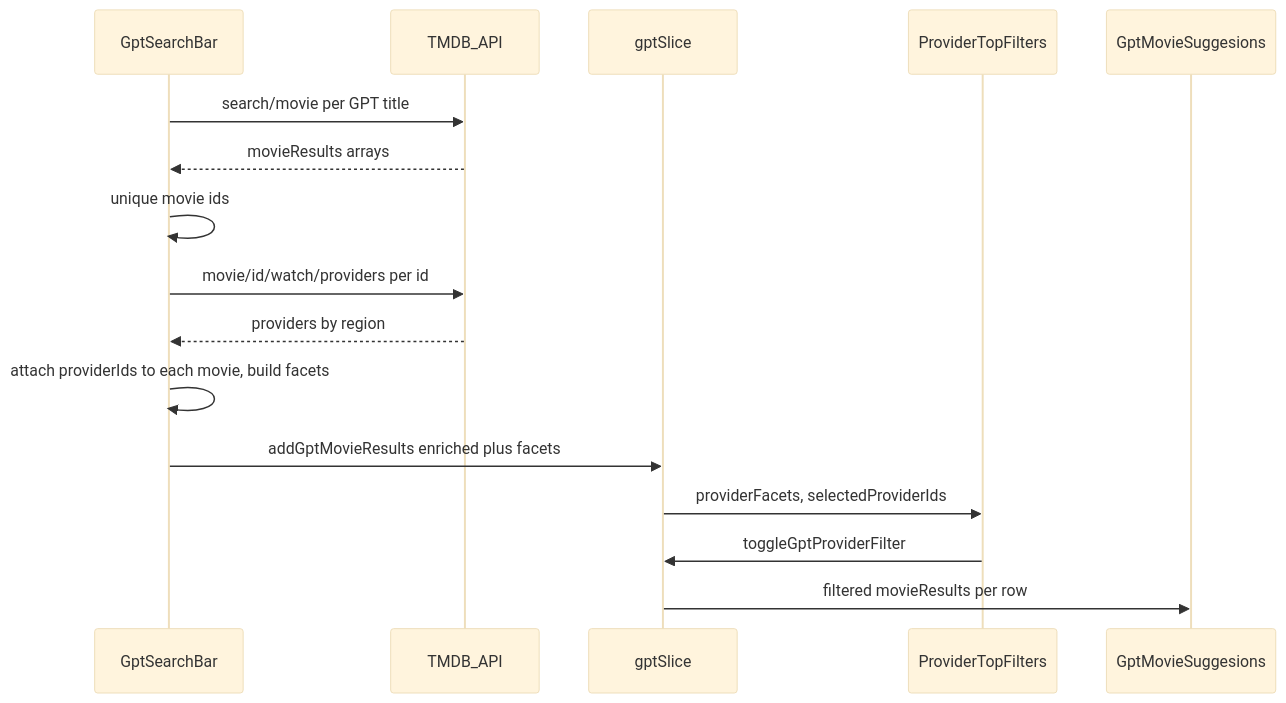
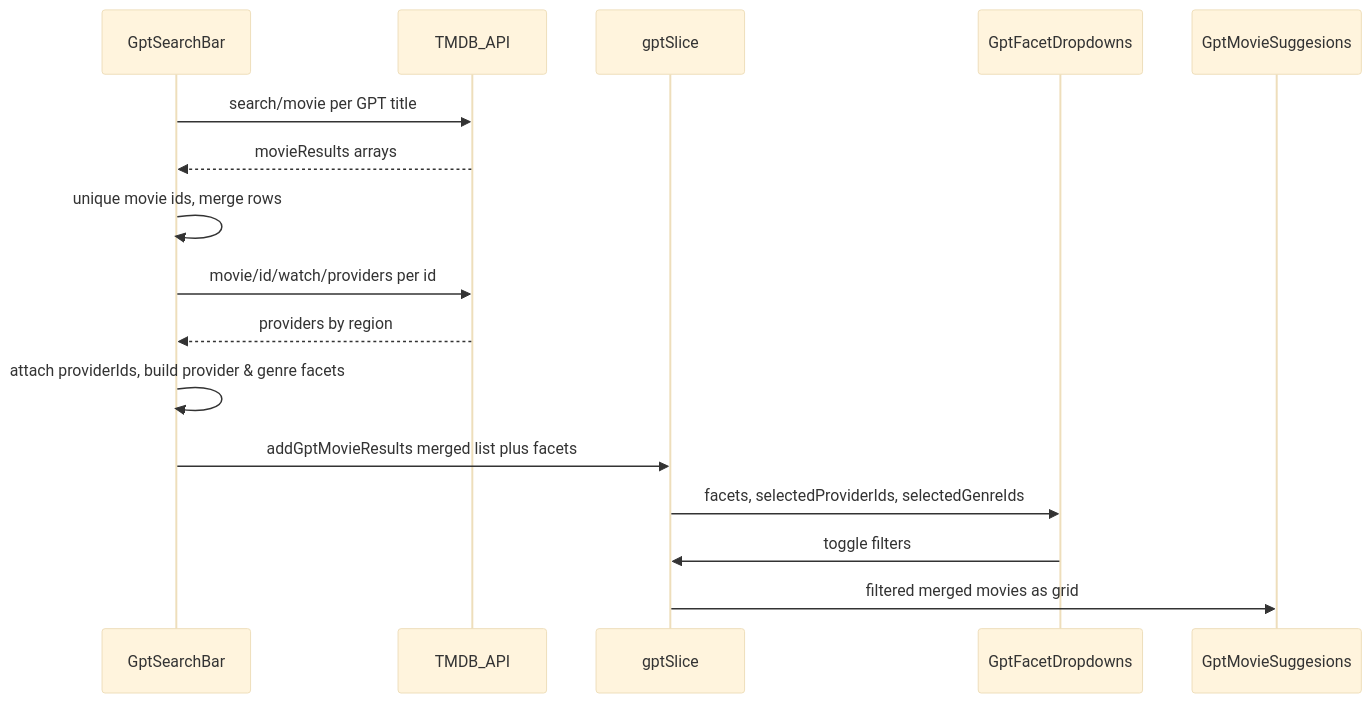
One commit to shubham24315/netflixgpt-movie changed the first of 2 diagrams in README.md. Above: the diagram before and after it, drawn with Mermaid (base theme). The commit also changed other lines of this file and 5 other files, not shown here.

````diff
--- a/README.md
+++ b/README.md
@@ -47,19 +47,19 @@
 ```mermaid
 sequenceDiagram
   participant Bar as GptSearchBar
   participant TMDB as TMDB_API
   participant Store as gptSlice
-  participant UI as ProviderTopFilters
+  participant UI as GptFacetDropdowns
   participant List as GptMovieSuggesions
 
   Bar->>TMDB: search/movie per GPT title
   TMDB-->>Bar: movieResults arrays
-  Bar->>Bar: unique movie ids
+  Bar->>Bar: unique movie ids, merge rows
   Bar->>TMDB: movie/id/watch/providers per id
   TMDB-->>Bar: providers by region
-  Bar->>Bar: attach providerIds to each movie, build facets
-  Bar->>Store: addGptMovieResults enriched plus facets
-  Store->>UI: providerFacets, selectedProviderIds
-  UI->>Store: toggleGptProviderFilter
-  Store->>List: filtered movieResults per row
+  Bar->>Bar: attach providerIds, build provider & genre facets
+  Bar->>Store: addGptMovieResults merged list plus facets
+  Store->>UI: facets, selectedProviderIds, selectedGenreIds
+  UI->>Store: toggle filters
+  Store->>List: filtered merged movies as grid
 ```
````
